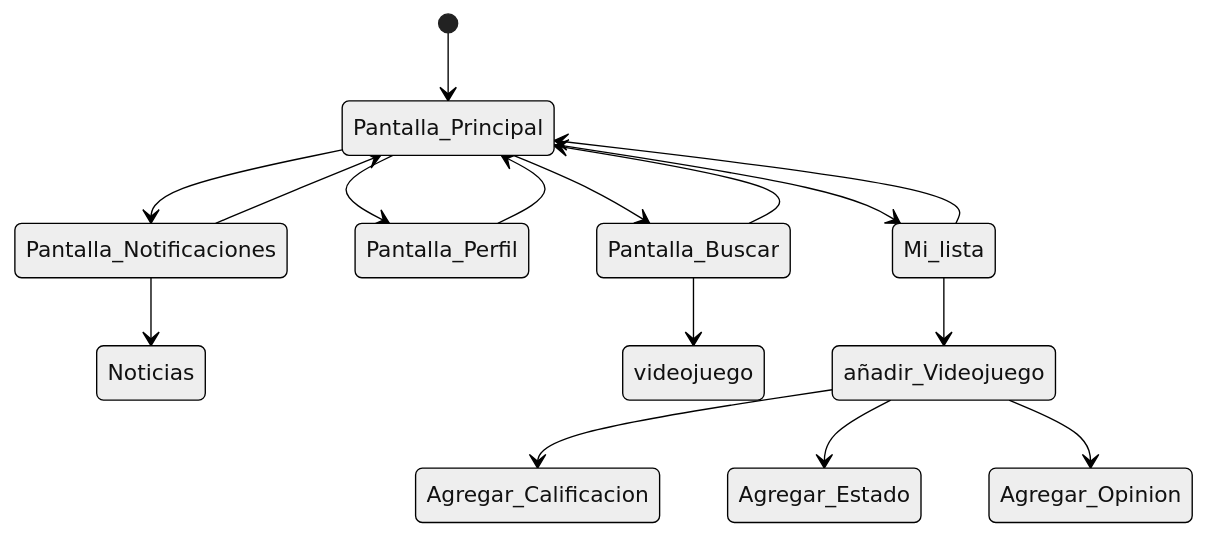
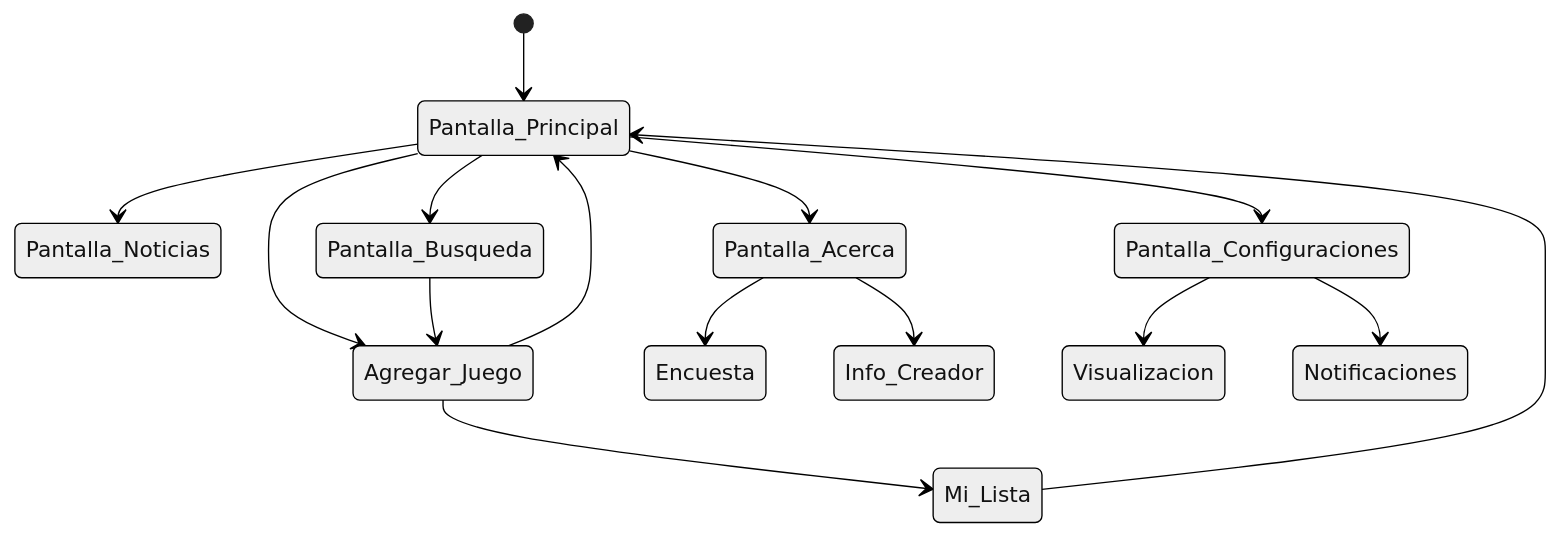
The diagram in README.md (Hikidetsu/GPoint), drawn with Mermaid (neutral theme) before and after one commit. The commit also changed other lines of this file, not shown here.

Commit message:
readme actualizado

````diff
--- a/README.md
+++ b/README.md
@@ -25,21 +33,21 @@
 ```mermaid
 
 stateDiagram-v2
     [*] --> Pantalla_Principal
-    Pantalla_Principal--> Pantalla_Notificaciones
-    Pantalla_Notificaciones-->Pantalla_Principal
-    Pantalla_Notificaciones-->Noticias
-    Pantalla_Principal-->Pantalla_Perfil
-    Pantalla_Perfil-->Pantalla_Principal
-    Pantalla_Principal-->Pantalla_Buscar
-    Pantalla_Buscar-->videojuego
-    Pantalla_Buscar-->Pantalla_Principal
-    Pantalla_Principal-->Mi_lista
-    Mi_lista-->Pantalla_Principal
-    Mi_lista-->añadir_Videojuego
-    añadir_Videojuego-->Agregar_Calificacion
-    añadir_Videojuego-->Agregar_Estado
-    añadir_Videojuego-->Agregar_Opinion
+    Pantalla_Principal--> Pantalla_Noticias
+    Pantalla_Principal-->Pantalla_Busqueda
+    Pantalla_Principal-->Pantalla_Configuraciones
+    Pantalla_Principal-->Pantalla_Acerca
+    Pantalla_Principal-->Agregar_Juego
+    Agregar_Juego-->Pantalla_Principal
+    Mi_Lista-->Pantalla_Principal
+    Agregar_Juego-->Mi_Lista
+    Pantalla_Busqueda-->Agregar_Juego
+    Pantalla_Acerca-->Encuesta
+    Pantalla_Acerca-->Info_Creador
+    Pantalla_Configuraciones-->Visualizacion
+    Pantalla_Configuraciones-->Notificaciones
+        
  
 
 ```
````
